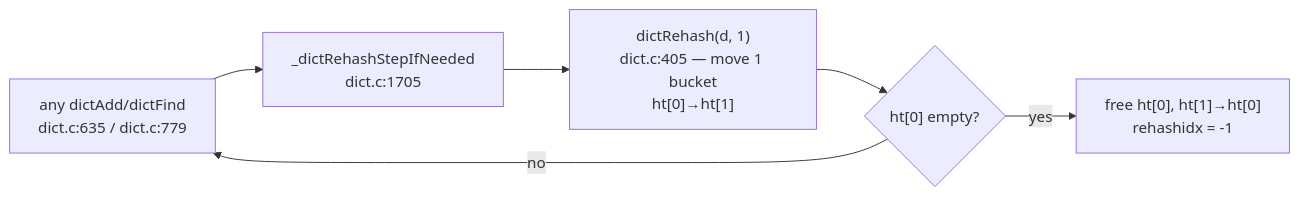
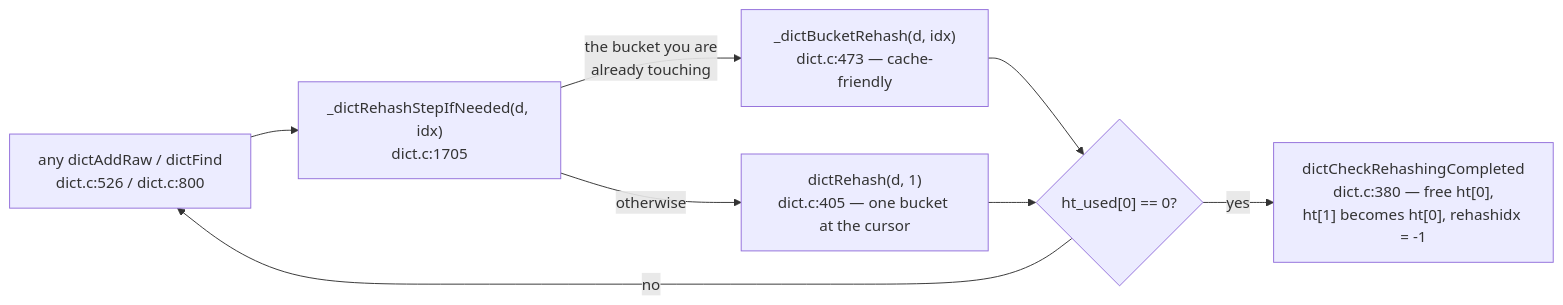
Before and after one commit to AviAvni/database-learning-path: the diagram in topics/02-in-memory-structures/reading-redis-dict.md, drawn with Mermaid. The commit also changed other lines of this file and 7 other files, not shown here.

````diff
--- a/topics/02-in-memory-structures/reading-redis-dict.md
+++ b/topics/02-in-memory-structures/reading-redis-dict.md
@@ -88,8 +194,10 @@
 ```mermaid
 flowchart LR
-    OP["any dictAdd/dictFind<br/>dict.c:635 / dict.c:779"] --> STEP["_dictRehashStepIfNeeded<br/>dict.c:1705"]
-    STEP --> RH["dictRehash(d, 1)<br/>dict.c:405 — move 1 bucket<br/>ht[0]→ht[1]"]
-    RH --> DONE{"ht[0] empty?"}
-    DONE -- yes --> SWAP["free ht[0], ht[1]→ht[0]<br/>rehashidx = -1"]
+    OP["any dictAddRaw / dictFind<br/>dict.c:526 / dict.c:800"] --> HOOK["_dictRehashStepIfNeeded(d, idx)<br/>dict.c:1705"]
+    HOOK -- "the bucket you are<br/>already touching" --> BR["_dictBucketRehash(d, idx)<br/>dict.c:473 — cache-friendly"]
+    HOOK -- "otherwise" --> RH["dictRehash(d, 1)<br/>dict.c:405 — one bucket at the cursor"]
+    BR --> DONE{"ht_used[0] == 0?"}
+    RH --> DONE
+    DONE -- yes --> SWAP["dictCheckRehashingCompleted<br/>dict.c:380 — free ht[0],<br/>ht[1] becomes ht[0], rehashidx = -1"]
     DONE -- no --> OP
 ```
````
